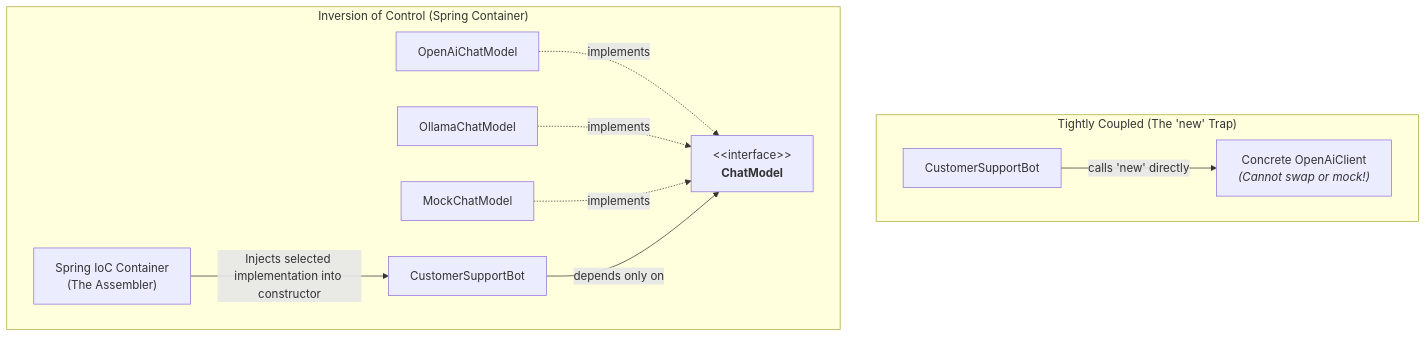
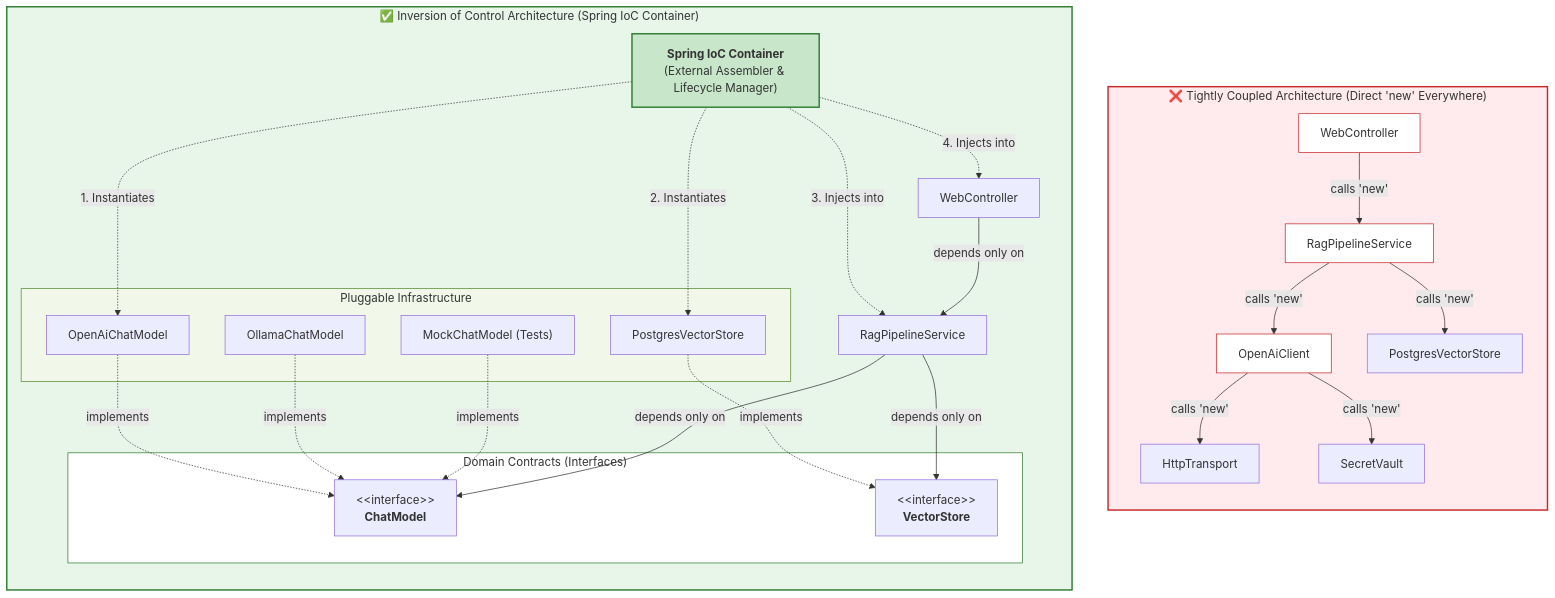
Before and after one commit to SrinuRenangi/Gen-AI-Java: the first of 4 diagrams in Phase_02_Spring_Core_and_DI/Day_09_Problem_Spring_Solves_Dependency_Hell/Day_09_Problem_Spring_Solves_Dependency_Hell.md, drawn with Mermaid. The commit also changed other lines of this file and 1 other file, not shown here.

````diff
--- a/Phase_02_Spring_Core_and_DI/Day_09_Problem_Spring_Solves_Dependency_Hell/Day_09_Problem_Spring_Solves_Dependency_Hell.md
+++ b/Phase_02_Spring_Core_and_DI/Day_09_Problem_Spring_Solves_Dependency_Hell/Day_09_Problem_Spring_Solves_Dependency_Hell.md
@@ -81,18 +104,50 @@
 ```mermaid
 flowchart TD
-    subgraph BadWay ["Tightly Coupled (The 'new' Trap)"]
-        BotA["CustomerSupportBot"] -->|calls 'new' directly| OpenAi["Concrete OpenAiClient<br><i>(Cannot swap or mock!)</i>"]
+    subgraph TightlyCoupled ["❌ Tightly Coupled Architecture (Direct 'new' Everywhere)"]
+        direction TB
+        CtrlA["WebController"] -->|calls 'new'| SvcA["RagPipelineService"]
+        SvcA -->|calls 'new'| ClientA["OpenAiClient"]
+        SvcA -->|calls 'new'| DblA["PostgresVectorStore"]
+        ClientA -->|calls 'new'| HttpA["HttpTransport"]
+        ClientA -->|calls 'new'| VaultA["SecretVault"]
+        
+        style TightlyCoupled fill:#ffebee,stroke:#c62828,stroke-width:2px
+        style CtrlA fill:#ffffff,stroke:#c62828
+        style SvcA fill:#ffffff,stroke:#c62828
+        style ClientA fill:#ffffff,stroke:#c62828
     end
 
-    subgraph GoodWay ["Inversion of Control (Spring Container)"]
-        Container["Spring IoC Container<br>(The Assembler)"]
-        Interface["&lt;&lt;interface&gt;&gt;<br><b>ChatModel</b>"]
+    subgraph IoCArchitecture ["✅ Inversion of Control Architecture (Spring IoC Container)"]
+        direction TB
+        Container["<b>Spring IoC Container</b><br>(External Assembler &amp; Lifecycle Manager)"]
         
-        Impl1["OpenAiChatModel"] -.->|implements| Interface
-        Impl2["OllamaChatModel"] -.->|implements| Interface
-        MockImpl["MockChatModel"] -.->|implements| Interface
+        subgraph Abstractions ["Domain Contracts (Interfaces)"]
+            IChat["&lt;&lt;interface&gt;&gt;<br><b>ChatModel</b>"]
+            IVector["&lt;&lt;interface&gt;&gt;<br><b>VectorStore</b>"]
+        end
 
-        BotB["CustomerSupportBot"] -->|depends only on| Interface
-        Container -->|Injects selected implementation into constructor| BotB
+        subgraph Implementations ["Pluggable Infrastructure"]
+            ImplOpenAi["OpenAiChatModel"] -.->|implements| IChat
+            ImplOllama["OllamaChatModel"] -.->|implements| IChat
+            ImplMock["MockChatModel (Tests)"] -.->|implements| IChat
+            ImplPg["PostgresVectorStore"] -.->|implements| IVector
+        end
+
+        CtrlB["WebController"]
+        SvcB["RagPipelineService"]
+
+        Container -.->|1. Instantiates| ImplOpenAi
+        Container -.->|2. Instantiates| ImplPg
+        Container -.->|3. Injects into| SvcB
+        Container -.->|4. Injects into| CtrlB
+
+        SvcB -->|depends only on| IChat
+        SvcB -->|depends only on| IVector
+        CtrlB -->|depends only on| SvcB
+
+        style IoCArchitecture fill:#e8f5e9,stroke:#2e7d32,stroke-width:2px
+        style Container fill:#c8e6c9,stroke:#2e7d32,stroke-width:2px
+        style Abstractions fill:#ffffff,stroke:#2e7d32
+        style Implementations fill:#f1f8e9,stroke:#558b2f
     end
 ```
````
